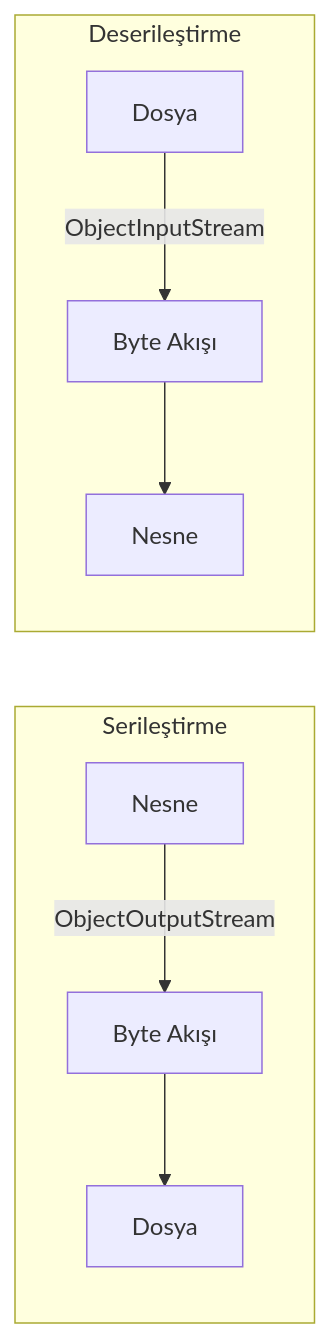
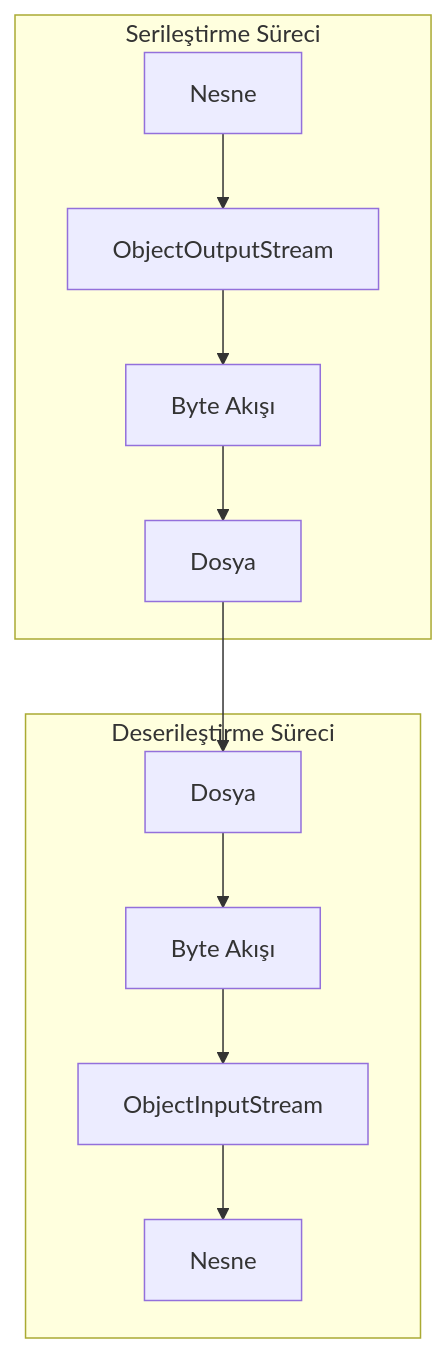
The fifth of 5 diagrams in chapters/bolum-16/draft_versions/v001.md (bmdersleri/bookMaker), drawn with Mermaid before and after one commit. The commit also changed other lines of this file and 31 other files, not shown here.

````diff
--- a/chapters/bolum-16/draft_versions/v001.md
+++ b/chapters/bolum-16/draft_versions/v001.md
@@ -276,11 +460,16 @@
 ```mermaid
-flowchart LR
-    subgraph Serileştirme
-        A[Nesne] -->|ObjectOutputStream| B[Byte Akışı]
-        B --> C[Dosya]
+flowchart TD
+    subgraph Serileştirme Süreci
+        A[Nesne] --> B[ObjectOutputStream]
+        B --> C[Byte Akışı]
+        C --> D[Dosya]
     end
-    subgraph Deserileştirme
-        D[Dosya] -->|ObjectInputStream| E[Byte Akışı]
-        E --> F[Nesne]
+    
+    subgraph Deserileştirme Süreci
+        E[Dosya] --> F[Byte Akışı]
+        F --> G[ObjectInputStream]
+        G --> H[Nesne]
     end
+    
+    D --> E
 ```
````
